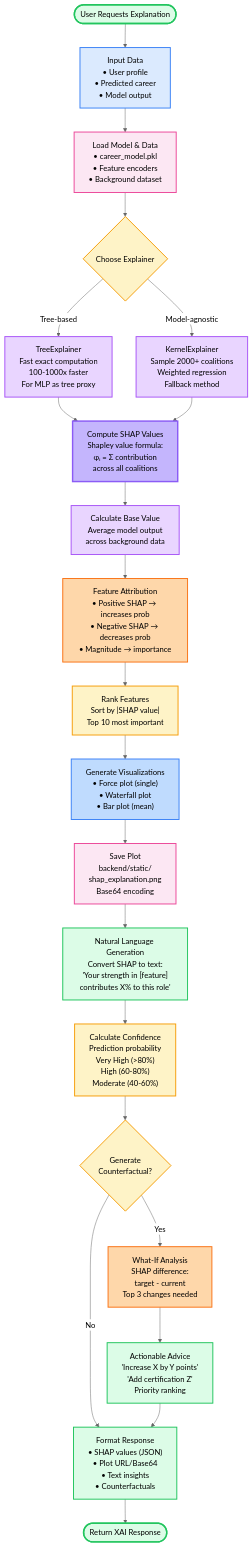
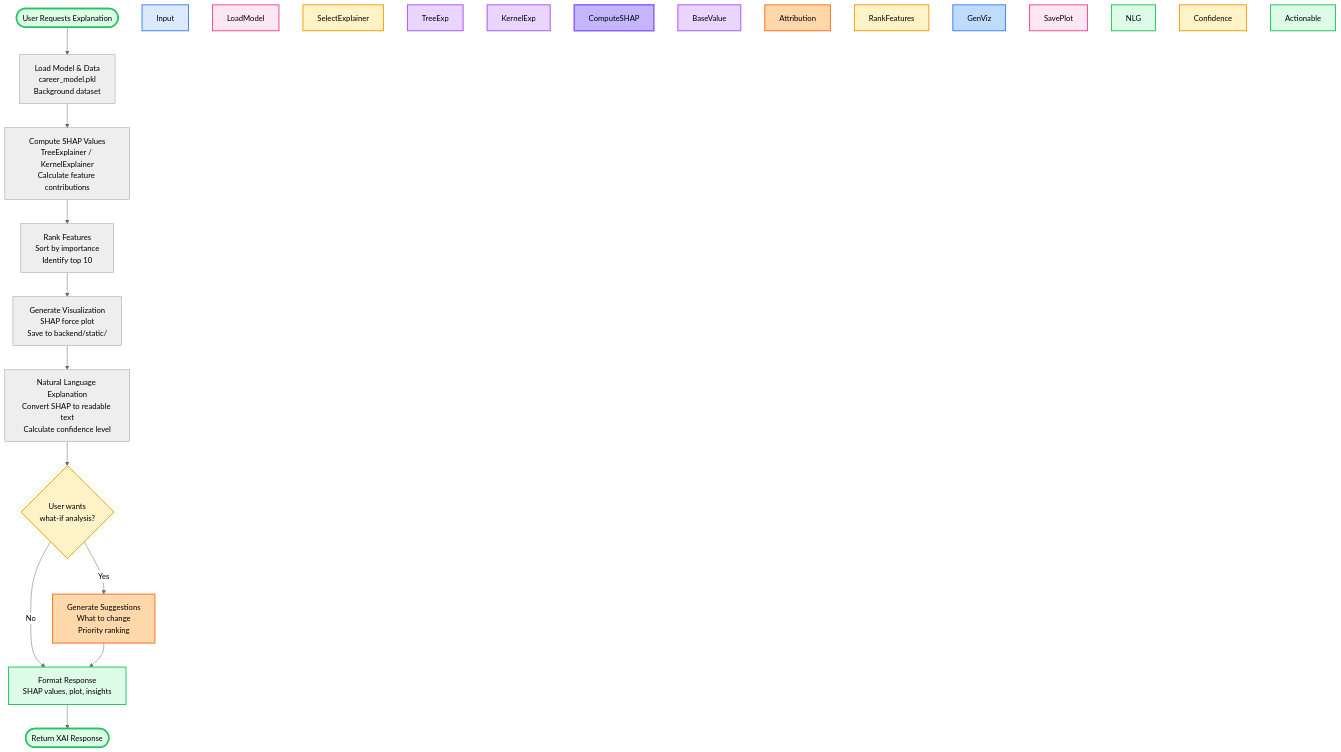
Before and after one commit to rafainamdar04/BrightPathCareerRecommendation: the diagram in docs/figures/08_xai_explanation_flow.mmd, drawn with Mermaid (neutral theme). The commit also changed 5 other files, not shown here.

First line of the commit message:
Simplify complex diagrams for better readability

```diff
--- a/docs/figures/08_xai_explanation_flow.mmd
+++ b/docs/figures/08_xai_explanation_flow.mmd
@@ -1,59 +1,41 @@
 flowchart TD
-    %% XAI (SHAP) Explanation Generation Flow
+    %% XAI (SHAP) Explanation Generation Flow - Simplified
     
-    Start([User Requests Explanation]) --> Input["Input Data<br/>• User profile<br/>• Predicted career<br/>• Model output"]
+    Start([User Requests Explanation]) --> Load["Load Model & Data<br/>career_model.pkl<br/>Background dataset"]
     
-    Input --> LoadModel["Load Model & Data<br/>• career_model.pkl<br/>• Feature encoders<br/>• Background dataset"]
+    Load --> Compute["Compute SHAP Values<br/>TreeExplainer / KernelExplainer<br/>Calculate feature contributions"]
     
-    LoadModel --> SelectExplainer{Choose Explainer}
+    Compute --> Rank["Rank Features<br/>Sort by importance<br/>Identify top 10"]
     
-    SelectExplainer -->|Tree-based| TreeExp["TreeExplainer<br/>Fast exact computation<br/>100-1000x faster<br/>For MLP as tree proxy"]
-    SelectExplainer -->|Model-agnostic| KernelExp["KernelExplainer<br/>Sample 2000+ coalitions<br/>Weighted regression<br/>Fallback method"]
+    Rank --> Visualize["Generate Visualization<br/>SHAP force plot<br/>Save to backend/static/"]
     
-    TreeExp --> ComputeSHAP["Compute SHAP Values<br/>Shapley value formula:<br/>φᵢ = Σ contribution<br/>across all coalitions"]
-    KernelExp --> ComputeSHAP
+    Visualize --> Explain["Natural Language Explanation<br/>Convert SHAP to readable text<br/>Calculate confidence level"]
     
-    ComputeSHAP --> BaseValue["Calculate Base Value<br/>Average model output<br/>across background data"]
+    Explain --> Counterfactual{User wants<br/>what-if analysis?}
     
-    BaseValue --> Attribution["Feature Attribution<br/>• Positive SHAP → increases prob<br/>• Negative SHAP → decreases prob<br/>• Magnitude → importance"]
-    
-    Attribution --> RankFeatures["Rank Features<br/>Sort by |SHAP value|<br/>Top 10 most important"]
-    
-    RankFeatures --> GenViz["Generate Visualizations<br/>• Force plot (single)<br/>• Waterfall plot<br/>• Bar plot (mean)"]
-    
-    GenViz --> SavePlot["Save Plot<br/>backend/static/<br/>shap_explanation.png<br/>Base64 encoding"]
-    
-    SavePlot --> NLG["Natural Language Generation<br/>Convert SHAP to text:<br/>'Your strength in [feature]<br/>contributes X% to this role'"]
-    
-    NLG --> Confidence["Calculate Confidence<br/>Prediction probability<br/>Very High (>80%)<br/>High (60-80%)<br/>Moderate (40-60%)"]
-    
-    Confidence --> Counterfactual{Generate<br/>Counterfactual?}
-    
-    Counterfactual -->|Yes| WhatIf["What-If Analysis<br/>SHAP difference:<br/>target - current<br/>Top 3 changes needed"]
+    Counterfactual -->|Yes| WhatIf["Generate Suggestions<br/>What to change<br/>Priority ranking"]
     Counterfactual -->|No| Format
     
-    WhatIf --> Actionable["Actionable Advice<br/>'Increase X by Y points'<br/>'Add certification Z'<br/>Priority ranking"]
-    
-    Actionable --> Format["Format Response<br/>• SHAP values (JSON)<br/>• Plot URL/Base64<br/>• Text insights<br/>• Counterfactuals"]
+    WhatIf --> Format["Format Response<br/>SHAP values, plot, insights"]
     
     Format --> End([Return XAI Response])
     
     style Start fill:#dcfce7,stroke:#22c55e,stroke-width:3px
     style Input fill:#dbeafe,stroke:#3b82f6,stroke-width:2px
     style LoadModel fill:#fce7f3,stroke:#ec4899,stroke-width:2px
     style SelectExplainer fill:#fef3c7,stroke:#f59e0b,stroke-width:2px
     style TreeExp fill:#e9d5ff,stroke:#a855f7,stroke-width:2px
     style KernelExp fill:#e9d5ff,stroke:#a855f7,stroke-width:2px
     style ComputeSHAP fill:#c4b5fd,stroke:#8b5cf6,stroke-width:3px
     style BaseValue fill:#e9d5ff,stroke:#a855f7,stroke-width:2px
     style Attribution fill:#fed7aa,stroke:#f97316,stroke-width:2px
     style RankFeatures fill:#fef3c7,stroke:#f59e0b,stroke-width:2px
     style GenViz fill:#bfdbfe,stroke:#3b82f6,stroke-width:2px
     style SavePlot fill:#fce7f3,stroke:#ec4899,stroke-width:2px
     style NLG fill:#dcfce7,stroke:#22c55e,stroke-width:2px
     style Confidence fill:#fef3c7,stroke:#f59e0b,stroke-width:2px
     style Counterfactual fill:#fef3c7,stroke:#f59e0b,stroke-width:2px
     style WhatIf fill:#fed7aa,stroke:#f97316,stroke-width:2px
     style Actionable fill:#dcfce7,stroke:#22c55e,stroke-width:2px
     style Format fill:#dcfce7,stroke:#22c55e,stroke-width:2px
     style End fill:#dcfce7,stroke:#22c55e,stroke-width:3px
```
